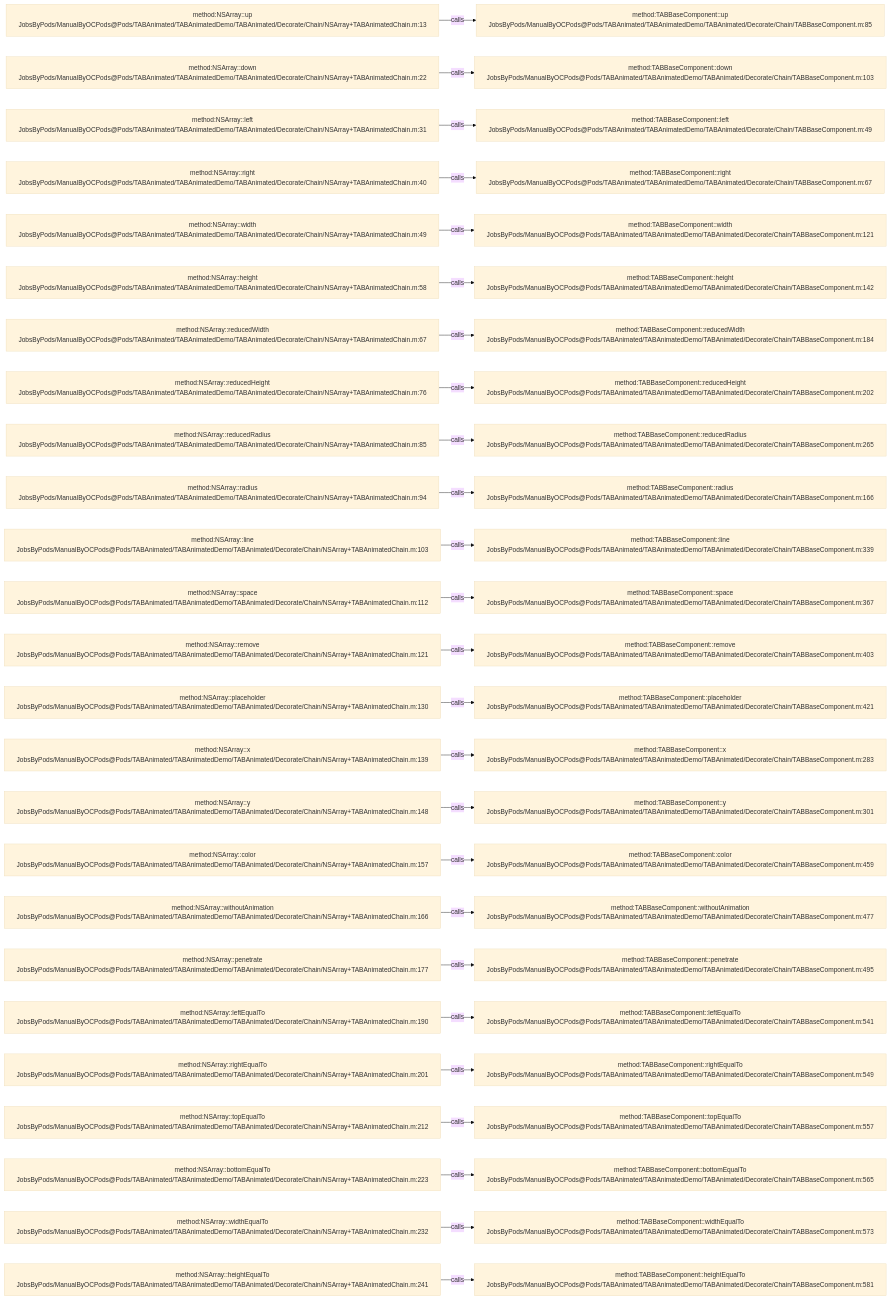
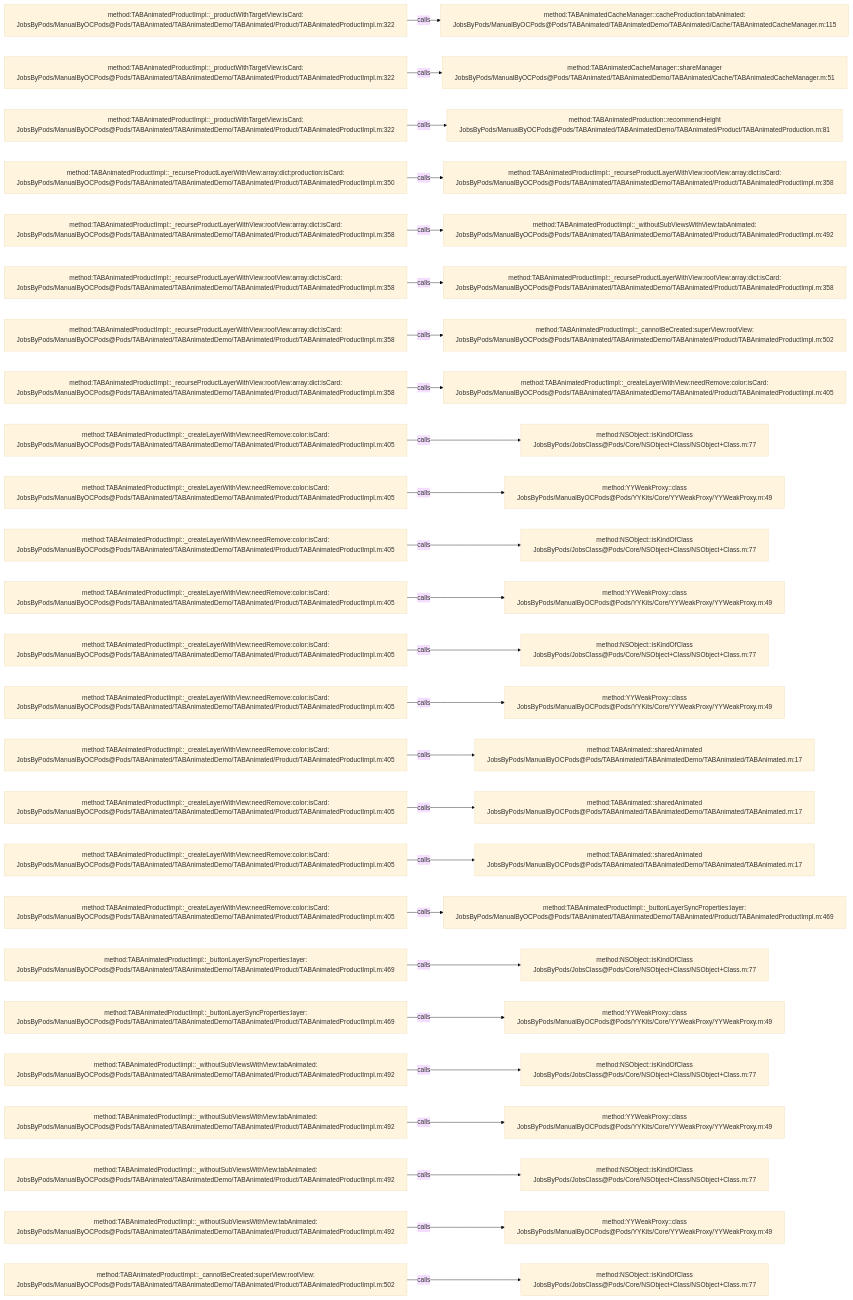
The diagram in .codegraph/codegraph.md/graphs/calls-028.md (JobsKits/JobsOCBaseConfigDemo), drawn with Mermaid (base theme) before and after one commit. The commit also changed 1448 other files, not shown here.

````diff
--- a/.codegraph/codegraph.md/graphs/calls-028.md
+++ b/.codegraph/codegraph.md/graphs/calls-028.md
@@ -13,78 +13,78 @@
 ```mermaid
 flowchart LR
-  S1["method:NSArray::up<br/>JobsByPods/ManualByOCPods@Pods/TABAnimated/TABAnimatedDemo/TABAnimated/Decorate/Chain/NSArray+TABAnimatedChain.m:13"]
-  T1["method:TABBaseComponent::up<br/>JobsByPods/ManualByOCPods@Pods/TABAnimated/TABAnimatedDemo/TABAnimated/Decorate/Chain/TABBaseComponent.m:85"]
+  S1["method:TABAnimatedProductImpl::_productWithTargetView:isCard:<br/>JobsByPods/ManualByOCPods@Pods/TABAnimated/TABAnimatedDemo/TABAnimated/Product/TABAnimatedProductImpl.m:322"]
+  T1["method:TABAnimatedCacheManager::cacheProduction:tabAnimated:<br/>JobsByPods/ManualByOCPods@Pods/TABAnimated/TABAnimatedDemo/TABAnimated/Cache/TABAnimatedCacheManager.m:115"]
   S1 -->|calls| T1
-  S2["method:NSArray::down<br/>JobsByPods/ManualByOCPods@Pods/TABAnimated/TABAnimatedDemo/TABAnimated/Decorate/Chain/NSArray+TABAnimatedChain.m:22"]
-  T2["method:TABBaseComponent::down<br/>JobsByPods/ManualByOCPods@Pods/TABAnimated/TABAnimatedDemo/TABAnimated/Decorate/Chain/TABBaseComponent.m:103"]
+  S2["method:TABAnimatedProductImpl::_productWithTargetView:isCard:<br/>JobsByPods/ManualByOCPods@Pods/TABAnimated/TABAnimatedDemo/TABAnimated/Product/TABAnimatedProductImpl.m:322"]
+  T2["method:TABAnimatedCacheManager::shareManager<br/>JobsByPods/ManualByOCPods@Pods/TABAnimated/TABAnimatedDemo/TABAnimated/Cache/TABAnimatedCacheManager.m:51"]
   S2 -->|calls| T2
-  S3["method:NSArray::left<br/>JobsByPods/ManualByOCPods@Pods/TABAnimated/TABAnimatedDemo/TABAnimated/Decorate/Chain/NSArray+TABAnimatedChain.m:31"]
-  T3["method:TABBaseComponent::left<br/>JobsByPods/ManualByOCPods@Pods/TABAnimated/TABAnimatedDemo/TABAnimated/Decorate/Chain/TABBaseComponent.m:49"]
+  S3["method:TABAnimatedProductImpl::_productWithTargetView:isCard:<br/>JobsByPods/ManualByOCPods@Pods/TABAnimated/TABAnimatedDemo/TABAnimated/Product/TABAnimatedProductImpl.m:322"]
+  T3["method:TABAnimatedProduction::recommendHeight<br/>JobsByPods/ManualByOCPods@Pods/TABAnimated/TABAnimatedDemo/TABAnimated/Product/TABAnimatedProduction.m:81"]
   S3 -->|calls| T3
-  S4["method:NSArray::right<br/>JobsByPods/ManualByOCPods@Pods/TABAnimated/TABAnimatedDemo/TABAnimated/Decorate/Chain/NSArray+TABAnimatedChain.m:40"]
-  T4["method:TABBaseComponent::right<br/>JobsByPods/ManualByOCPods@Pods/TABAnimated/TABAnimatedDemo/TABAnimated/Decorate/Chain/TABBaseComponent.m:67"]
+  S4["method:TABAnimatedProductImpl::_recurseProductLayerWithView:array:dict:production:isCard:<br/>JobsByPods/ManualByOCPods@Pods/TABAnimated/TABAnimatedDemo/TABAnimated/Product/TABAnimatedProductImpl.m:350"]
+  T4["method:TABAnimatedProductImpl::_recurseProductLayerWithView:rootView:array:dict:isCard:<br/>JobsByPods/ManualByOCPods@Pods/TABAnimated/TABAnimatedDemo/TABAnimated/Product/TABAnimatedProductImpl.m:358"]
   S4 -->|calls| T4
-  S5["method:NSArray::width<br/>JobsByPods/ManualByOCPods@Pods/TABAnimated/TABAnimatedDemo/TABAnimated/Decorate/Chain/NSArray+TABAnimatedChain.m:49"]
-  T5["method:TABBaseComponent::width<br/>JobsByPods/ManualByOCPods@Pods/TABAnimated/TABAnimatedDemo/TABAnimated/Decorate/Chain/TABBaseComponent.m:121"]
+  S5["method:TABAnimatedProductImpl::_recurseProductLayerWithView:rootView:array:dict:isCard:<br/>JobsByPods/ManualByOCPods@Pods/TABAnimated/TABAnimatedDemo/TABAnimated/Product/TABAnimatedProductImpl.m:358"]
+  T5["method:TABAnimatedProductImpl::_withoutSubViewsWithView:tabAnimated:<br/>JobsByPods/ManualByOCPods@Pods/TABAnimated/TABAnimatedDemo/TABAnimated/Product/TABAnimatedProductImpl.m:492"]
   S5 -->|calls| T5
-  S6["method:NSArray::height<br/>JobsByPods/ManualByOCPods@Pods/TABAnimated/TABAnimatedDemo/TABAnimated/Decorate/Chain/NSArray+TABAnimatedChain.m:58"]
-  T6["method:TABBaseComponent::height<br/>JobsByPods/ManualByOCPods@Pods/TABAnimated/TABAnimatedDemo/TABAnimated/Decorate/Chain/TABBaseComponent.m:142"]
+  S6["method:TABAnimatedProductImpl::_recurseProductLayerWithView:rootView:array:dict:isCard:<br/>JobsByPods/ManualByOCPods@Pods/TABAnimated/TABAnimatedDemo/TABAnimated/Product/TABAnimatedProductImpl.m:358"]
+  T6["method:TABAnimatedProductImpl::_recurseProductLayerWithView:rootView:array:dict:isCard:<br/>JobsByPods/ManualByOCPods@Pods/TABAnimated/TABAnimatedDemo/TABAnimated/Product/TABAnimatedProductImpl.m:358"]
   S6 -->|calls| T6
-  S7["method:NSArray::reducedWidth<br/>JobsByPods/ManualByOCPods@Pods/TABAnimated/TABAnimatedDemo/TABAnimated/Decorate/Chain/NSArray+TABAnimatedChain.m:67"]
-  T7["method:TABBaseComponent::reducedWidth<br/>JobsByPods/ManualByOCPods@Pods/TABAnimated/TABAnimatedDemo/TABAnimated/Decorate/Chain/TABBaseComponent.m:184"]
+  S7["method:TABAnimatedProductImpl::_recurseProductLayerWithView:rootView:array:dict:isCard:<br/>JobsByPods/ManualByOCPods@Pods/TABAnimated/TABAnimatedDemo/TABAnimated/Product/TABAnimatedProductImpl.m:358"]
+  T7["method:TABAnimatedProductImpl::_cannotBeCreated:superView:rootView:<br/>JobsByPods/ManualByOCPods@Pods/TABAnimated/TABAnimatedDemo/TABAnimated/Product/TABAnimatedProductImpl.m:502"]
   S7 -->|calls| T7
-  S8["method:NSArray::reducedHeight<br/>JobsByPods/ManualByOCPods@Pods/TABAnimated/TABAnimatedDemo/TABAnimated/Decorate/Chain/NSArray+TABAnimatedChain.m:76"]
-  T8["method:TABBaseComponent::reducedHeight<br/>JobsByPods/ManualByOCPods@Pods/TABAnimated/TABAnimatedDemo/TABAnimated/Decorate/Chain/TABBaseComponent.m:202"]
+  S8["method:TABAnimatedProductImpl::_recurseProductLayerWithView:rootView:array:dict:isCard:<br/>JobsByPods/ManualByOCPods@Pods/TABAnimated/TABAnimatedDemo/TABAnimated/Product/TABAnimatedProductImpl.m:358"]
+  T8["method:TABAnimatedProductImpl::_createLayerWithView:needRemove:color:isCard:<br/>JobsByPods/ManualByOCPods@Pods/TABAnimated/TABAnimatedDemo/TABAnimated/Product/TABAnimatedProductImpl.m:405"]
   S8 -->|calls| T8
-  S9["method:NSArray::reducedRadius<br/>JobsByPods/ManualByOCPods@Pods/TABAnimated/TABAnimatedDemo/TABAnimated/Decorate/Chain/NSArray+TABAnimatedChain.m:85"]
-  T9["method:TABBaseComponent::reducedRadius<br/>JobsByPods/ManualByOCPods@Pods/TABAnimated/TABAnimatedDemo/TABAnimated/Decorate/Chain/TABBaseComponent.m:265"]
+  S9["method:TABAnimatedProductImpl::_createLayerWithView:needRemove:color:isCard:<br/>JobsByPods/ManualByOCPods@Pods/TABAnimated/TABAnimatedDemo/TABAnimated/Product/TABAnimatedProductImpl.m:405"]
+  T9["method:NSObject::isKindOfClass<br/>JobsByPods/JobsClass@Pods/Core/NSObject+Class/NSObject+Class.m:77"]
   S9 -->|calls| T9
-  S10["method:NSArray::radius<br/>JobsByPods/ManualByOCPods@Pods/TABAnimated/TABAnimatedDemo/TABAnimated/Decorate/Chain/NSArray+TABAnimatedChain.m:94"]
-  T10["method:TABBaseComponent::radius<br/>JobsByPods/ManualByOCPods@Pods/TABAnimated/TABAnimatedDemo/TABAnimated/Decorate/Chain/TABBaseComponent.m:166"]
+  S10["method:TABAnimatedProductImpl::_createLayerWithView:needRemove:color:isCard:<br/>JobsByPods/ManualByOCPods@Pods/TABAnimated/TABAnimatedDemo/TABAnimated/Product/TABAnimatedProductImpl.m:405"]
+  T10["method:YYWeakProxy::class<br/>JobsByPods/ManualByOCPods@Pods/YYKits/Core/YYWeakProxy/YYWeakProxy.m:49"]
   S10 -->|calls| T10
-  S11["method:NSArray::line<br/>JobsByPods/ManualByOCPods@Pods/TABAnimated/TABAnimatedDemo/TABAnimated/Decorate/Chain/NSArray+TABAnimatedChain.m:103"]
-  T11["method:TABBaseComponent::line<br/>JobsByPods/ManualByOCPods@Pods/TABAnimated/TABAnimatedDemo/TABAnimated/Decorate/Chain/TABBaseComponent.m:339"]
+  S11["method:TABAnimatedProductImpl::_createLayerWithView:needRemove:color:isCard:<br/>JobsByPods/ManualByOCPods@Pods/TABAnimated/TABAnimatedDemo/TABAnimated/Product/TABAnimatedProductImpl.m:405"]
+  T11["method:NSObject::isKindOfClass<br/>JobsByPods/JobsClass@Pods/Core/NSObject+Class/NSObject+Class.m:77"]
   S11 -->|calls| T11
-  S12["method:NSArray::space<br/>JobsByPods/ManualByOCPods@Pods/TABAnimated/TABAnimatedDemo/TABAnimated/Decorate/Chain/NSArray+TABAnimatedChain.m:112"]
-  T12["method:TABBaseComponent::space<br/>JobsByPods/ManualByOCPods@Pods/TABAnimated/TABAnimatedDemo/TABAnimated/Decorate/Chain/TABBaseComponent.m:367"]
+  S12["method:TABAnimatedProductImpl::_createLayerWithView:needRemove:color:isCard:<br/>JobsByPods/ManualByOCPods@Pods/TABAnimated/TABAnimatedDemo/TABAnimated/Product/TABAnimatedProductImpl.m:405"]
+  T12["method:YYWeakProxy::class<br/>JobsByPods/ManualByOCPods@Pods/YYKits/Core/YYWeakProxy/YYWeakProxy.m:49"]
   S12 -->|calls| T12
-  S13["method:NSArray::remove<br/>JobsByPods/ManualByOCPods@Pods/TABAnimated/TABAnimatedDemo/TABAnimated/Decorate/Chain/NSArray+TABAnimatedChain.m:121"]
-  T13["method:TABBaseComponent::remove<br/>JobsByPods/ManualByOCPods@Pods/TABAnimated/TABAnimatedDemo/TABAnimated/Decorate/Chain/TABBaseComponent.m:403"]
+  S13["method:TABAnimatedProductImpl::_createLayerWithView:needRemove:color:isCard:<br/>JobsByPods/ManualByOCPods@Pods/TABAnimated/TABAnimatedDemo/TABAnimated/Product/TABAnimatedProductImpl.m:405"]
+  T13["method:NSObject::isKindOfClass<br/>JobsByPods/JobsClass@Pods/Core/NSObject+Class/NSObject+Class.m:77"]
   S13 -->|calls| T13
-  S14["method:NSArray::placeholder<br/>JobsByPods/ManualByOCPods@Pods/TABAnimated/TABAnimatedDemo/TABAnimated/Decorate/Chain/NSArray+TABAnimatedChain.m:130"]
-  T14["method:TABBaseComponent::placeholder<br/>JobsByPods/ManualByOCPods@Pods/TABAnimated/TABAnimatedDemo/TABAnimated/Decorate/Chain/TABBaseComponent.m:421"]
+  S14["method:TABAnimatedProductImpl::_createLayerWithView:needRemove:color:isCard:<br/>JobsByPods/ManualByOCPods@Pods/TABAnimated/TABAnimatedDemo/TABAnimated/Product/TABAnimatedProductImpl.m:405"]
+  T14["method:YYWeakProxy::class<br/>JobsByPods/ManualByOCPods@Pods/YYKits/Core/YYWeakProxy/YYWeakProxy.m:49"]
   S14 -->|calls| T14
-  S15["method:NSArray::x<br/>JobsByPods/ManualByOCPods@Pods/TABAnimated/TABAnimatedDemo/TABAnimated/Decorate/Chain/NSArray+TABAnimatedChain.m:139"]
-  T15["method:TABBaseComponent::x<br/>JobsByPods/ManualByOCPods@Pods/TABAnimated/TABAnimatedDemo/TABAnimated/Decorate/Chain/TABBaseComponent.m:283"]
+  S15["method:TABAnimatedProductImpl::_createLayerWithView:needRemove:color:isCard:<br/>JobsByPods/ManualByOCPods@Pods/TABAnimated/TABAnimatedDemo/TABAnimated/Product/TABAnimatedProductImpl.m:405"]
+  T15["method:TABAnimated::sharedAnimated<br/>JobsByPods/ManualByOCPods@Pods/TABAnimated/TABAnimatedDemo/TABAnimated/TABAnimated.m:17"]
   S15 -->|calls| T15
-  S16["method:NSArray::y<br/>JobsByPods/ManualByOCPods@Pods/TABAnimated/TABAnimatedDemo/TABAnimated/Decorate/Chain/NSArray+TABAnimatedChain.m:148"]
-  T16["method:TABBaseComponent::y<br/>JobsByPods/ManualByOCPods@Pods/TABAnimated/TABAnimatedDemo/TABAnimated/Decorate/Chain/TABBaseComponent.m:301"]
+  S16["method:TABAnimatedProductImpl::_createLayerWithView:needRemove:color:isCard:<br/>JobsByPods/ManualByOCPods@Pods/TABAnimated/TABAnimatedDemo/TABAnimated/Product/TABAnimatedProductImpl.m:405"]
+  T16["method:TABAnimated::sharedAnimated<br/>JobsByPods/ManualByOCPods@Pods/TABAnimated/TABAnimatedDemo/TABAnimated/TABAnimated.m:17"]
   S16 -->|calls| T16
-  S17["method:NSArray::color<br/>JobsByPods/ManualByOCPods@Pods/TABAnimated/TABAnimatedDemo/TABAnimated/Decorate/Chain/NSArray+TABAnimatedChain.m:157"]
-  T17["method:TABBaseComponent::color<br/>JobsByPods/ManualByOCPods@Pods/TABAnimated/TABAnimatedDemo/TABAnimated/Decorate/Chain/TABBaseComponent.m:459"]
+  S17["method:TABAnimatedProductImpl::_createLayerWithView:needRemove:color:isCard:<br/>JobsByPods/ManualByOCPods@Pods/TABAnimated/TABAnimatedDemo/TABAnimated/Product/TABAnimatedProductImpl.m:405"]
+  T17["method:TABAnimated::sharedAnimated<br/>JobsByPods/ManualByOCPods@Pods/TABAnimated/TABAnimatedDemo/TABAnimated/TABAnimated.m:17"]
   S17 -->|calls| T17
-  S18["method:NSArray::withoutAnimation<br/>JobsByPods/ManualByOCPods@Pods/TABAnimated/TABAnimatedDemo/TABAnimated/Decorate/Chain/NSArray+TABAnimatedChain.m:166"]
-  T18["method:TABBaseComponent::withoutAnimation<br/>JobsByPods/ManualByOCPods@Pods/TABAnimated/TABAnimatedDemo/TABAnimated/Decorate/Chain/TABBaseComponent.m:477"]
+  S18["method:TABAnimatedProductImpl::_createLayerWithView:needRemove:color:isCard:<br/>JobsByPods/ManualByOCPods@Pods/TABAnimated/TABAnimatedDemo/TABAnimated/Product/TABAnimatedProductImpl.m:405"]
+  T18["method:TABAnimatedProductImpl::_buttonLayerSyncProperties:layer:<br/>JobsByPods/ManualByOCPods@Pods/TABAnimated/TABAnimatedDemo/TABAnimated/Product/TABAnimatedProductImpl.m:469"]
   S18 -->|calls| T18
-  S19["method:NSArray::penetrate<br/>JobsByPods/ManualByOCPods@Pods/TABAnimated/TABAnimatedDemo/TABAnimated/Decorate/Chain/NSArray+TABAnimatedChain.m:177"]
-  T19["method:TABBaseComponent::penetrate<br/>JobsByPods/ManualByOCPods@Pods/TABAnimated/TABAnimatedDemo/TABAnimated/Decorate/Chain/TABBaseComponent.m:495"]
+  S19["method:TABAnimatedProductImpl::_buttonLayerSyncProperties:layer:<br/>JobsByPods/ManualByOCPods@Pods/TABAnimated/TABAnimatedDemo/TABAnimated/Product/TABAnimatedProductImpl.m:469"]
+  T19["method:NSObject::isKindOfClass<br/>JobsByPods/JobsClass@Pods/Core/NSObject+Class/NSObject+Class.m:77"]
   S19 -->|calls| T19
-  S20["method:NSArray::leftEqualTo<br/>JobsByPods/ManualByOCPods@Pods/TABAnimated/TABAnimatedDemo/TABAnimated/Decorate/Chain/NSArray+TABAnimatedChain.m:190"]
-  T20["method:TABBaseComponent::leftEqualTo<br/>JobsByPods/ManualByOCPods@Pods/TABAnimated/TABAnimatedDemo/TABAnimated/Decorate/Chain/TABBaseComponent.m:541"]
+  S20["method:TABAnimatedProductImpl::_buttonLayerSyncProperties:layer:<br/>JobsByPods/ManualByOCPods@Pods/TABAnimated/TABAnimatedDemo/TABAnimated/Product/TABAnimatedProductImpl.m:469"]
+  T20["method:YYWeakProxy::class<br/>JobsByPods/ManualByOCPods@Pods/YYKits/Core/YYWeakProxy/YYWeakProxy.m:49"]
   S20 -->|calls| T20
-  S21["method:NSArray::rightEqualTo<br/>JobsByPods/ManualByOCPods@Pods/TABAnimated/TABAnimatedDemo/TABAnimated/Decorate/Chain/NSArray+TABAnimatedChain.m:201"]
-  T21["method:TABBaseComponent::rightEqualTo<br/>JobsByPods/ManualByOCPods@Pods/TABAnimated/TABAnimatedDemo/TABAnimated/Decorate/Chain/TABBaseComponent.m:549"]
+  S21["method:TABAnimatedProductImpl::_withoutSubViewsWithView:tabAnimated:<br/>JobsByPods/ManualByOCPods@Pods/TABAnimated/TABAnimatedDemo/TABAnimated/Product/TABAnimatedProductImpl.m:492"]
+  T21["method:NSObject::isKindOfClass<br/>JobsByPods/JobsClass@Pods/Core/NSObject+Class/NSObject+Class.m:77"]
   S21 -->|calls| T21
-  S22["method:NSArray::topEqualTo<br/>JobsByPods/ManualByOCPods@Pods/TABAnimated/TABAnimatedDemo/TABAnimated/Decorate/Chain/NSArray+TABAnimatedChain.m:212"]
-  T22["method:TABBaseComponent::topEqualTo<br/>JobsByPods/ManualByOCPods@Pods/TABAnimated/TABAnimatedDemo/TABAnimated/Decorate/Chain/TABBaseComponent.m:557"]
+  S22["method:TABAnimatedProductImpl::_withoutSubViewsWithView:tabAnimated:<br/>JobsByPods/ManualByOCPods@Pods/TABAnimated/TABAnimatedDemo/TABAnimated/Product/TABAnimatedProductImpl.m:492"]
+  T22["method:YYWeakProxy::class<br/>JobsByPods/ManualByOCPods@Pods/YYKits/Core/YYWeakProxy/YYWeakProxy.m:49"]
   S22 -->|calls| T22
-  S23["method:NSArray::bottomEqualTo<br/>JobsByPods/ManualByOCPods@Pods/TABAnimated/TABAnimatedDemo/TABAnimated/Decorate/Chain/NSArray+TABAnimatedChain.m:223"]
-  T23["method:TABBaseComponent::bottomEqualTo<br/>JobsByPods/ManualByOCPods@Pods/TABAnimated/TABAnimatedDemo/TABAnimated/Decorate/Chain/TABBaseComponent.m:565"]
+  S23["method:TABAnimatedProductImpl::_withoutSubViewsWithView:tabAnimated:<br/>JobsByPods/ManualByOCPods@Pods/TABAnimated/TABAnimatedDemo/TABAnimated/Product/TABAnimatedProductImpl.m:492"]
+  T23["method:NSObject::isKindOfClass<br/>JobsByPods/JobsClass@Pods/Core/NSObject+Class/NSObject+Class.m:77"]
   S23 -->|calls| T23
-  S24["method:NSArray::widthEqualTo<br/>JobsByPods/ManualByOCPods@Pods/TABAnimated/TABAnimatedDemo/TABAnimated/Decorate/Chain/NSArray+TABAnimatedChain.m:232"]
-  T24["method:TABBaseComponent::widthEqualTo<br/>JobsByPods/ManualByOCPods@Pods/TABAnimated/TABAnimatedDemo/TABAnimated/Decorate/Chain/TABBaseComponent.m:573"]
+  S24["method:TABAnimatedProductImpl::_withoutSubViewsWithView:tabAnimated:<br/>JobsByPods/ManualByOCPods@Pods/TABAnimated/TABAnimatedDemo/TABAnimated/Product/TABAnimatedProductImpl.m:492"]
+  T24["method:YYWeakProxy::class<br/>JobsByPods/ManualByOCPods@Pods/YYKits/Core/YYWeakProxy/YYWeakProxy.m:49"]
   S24 -->|calls| T24
-  S25["method:NSArray::heightEqualTo<br/>JobsByPods/ManualByOCPods@Pods/TABAnimated/TABAnimatedDemo/TABAnimated/Decorate/Chain/NSArray+TABAnimatedChain.m:241"]
-  T25["method:TABBaseComponent::heightEqualTo<br/>JobsByPods/ManualByOCPods@Pods/TABAnimated/TABAnimatedDemo/TABAnimated/Decorate/Chain/TABBaseComponent.m:581"]
+  S25["method:TABAnimatedProductImpl::_cannotBeCreated:superView:rootView:<br/>JobsByPods/ManualByOCPods@Pods/TABAnimated/TABAnimatedDemo/TABAnimated/Product/TABAnimatedProductImpl.m:502"]
+  T25["method:NSObject::isKindOfClass<br/>JobsByPods/JobsClass@Pods/Core/NSObject+Class/NSObject+Class.m:77"]
   S25 -->|calls| T25
 ```
````
